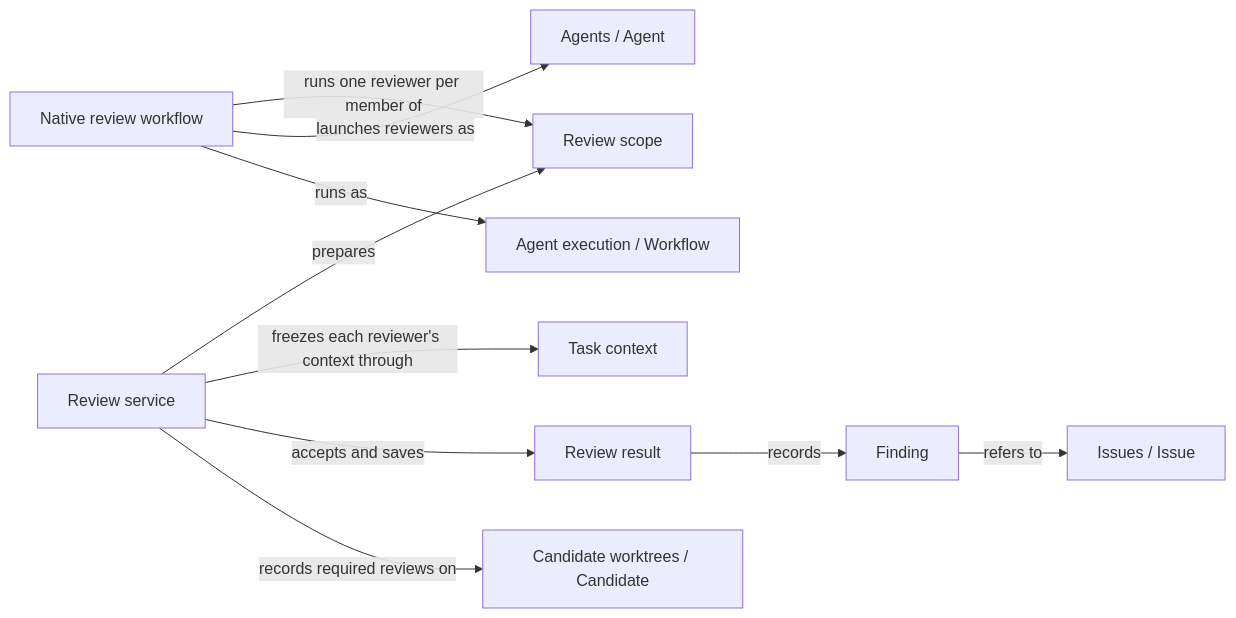
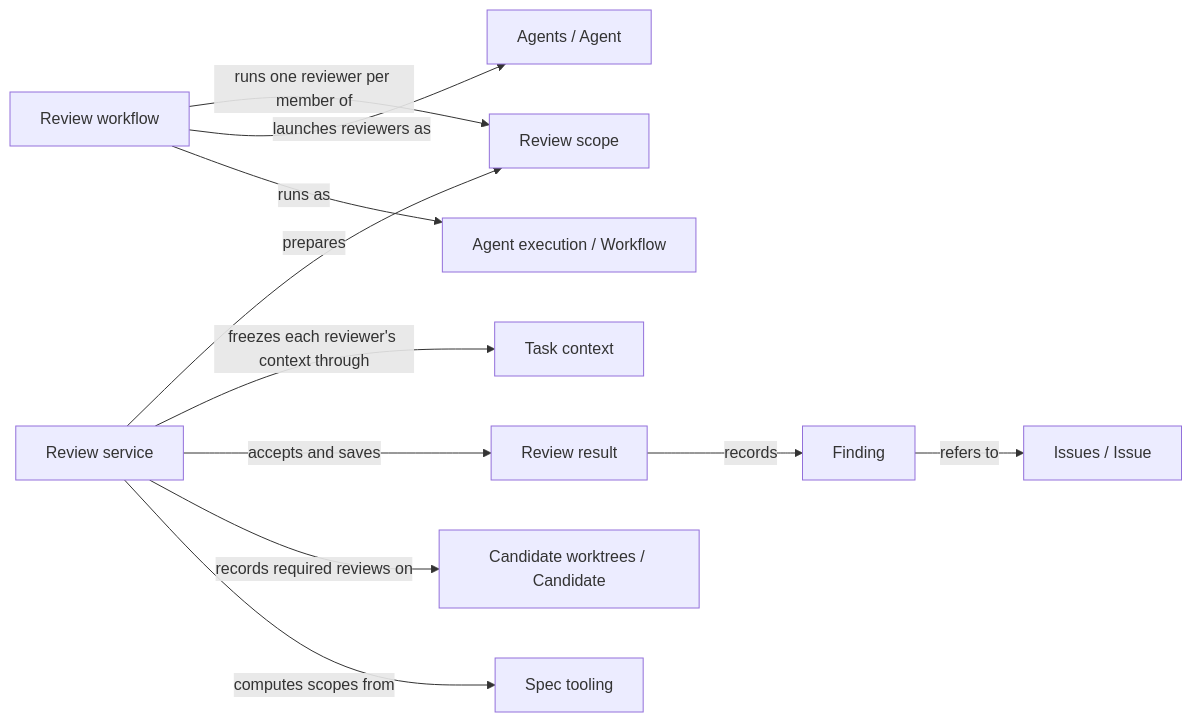
One commit to FTOD/concorde changed the diagram in specs/concorde/review/module.md. Above: the diagram before and after it, drawn with Mermaid. The commit also changed other lines of this file and 213 other files, not shown here.

First line of the commit message:
Rewrite Concorde's Specs for the layered architecture

````diff
--- a/specs/concorde/review/module.md
+++ b/specs/concorde/review/module.md
@@ -181,14 +202,15 @@
 ```mermaid
 flowchart LR
     accTitle: Review collaboration
-    accDescr: The review service prepares a scope and accepts results; the native workflow runs one reviewer Agent per member.
+    accDescr: The review service prepares a scope and accepts results; the review workflow runs one reviewer Agent per member.
     Service[Review service] -->|prepares| Scope[Review scope]
-    Workflow[Native review workflow] -->|runs one reviewer per member of| Scope
+    Workflow[Review workflow] -->|runs one reviewer per member of| Scope
     Workflow -->|launches reviewers as| Agent[Agents / Agent]
     Workflow -->|runs as| Wf[Agent execution / Workflow]
     Service -->|freezes each reviewer's context through| Ctx[Task context]
     Service -->|accepts and saves| Result[Review result]
     Result -->|records| Finding[Finding]
     Finding -->|refers to| Issue[Issues / Issue]
     Service -->|records required reviews on| Cand[Candidate worktrees / Candidate]
+    Service -->|computes scopes from| Spec[Spec tooling]
 ```
````
